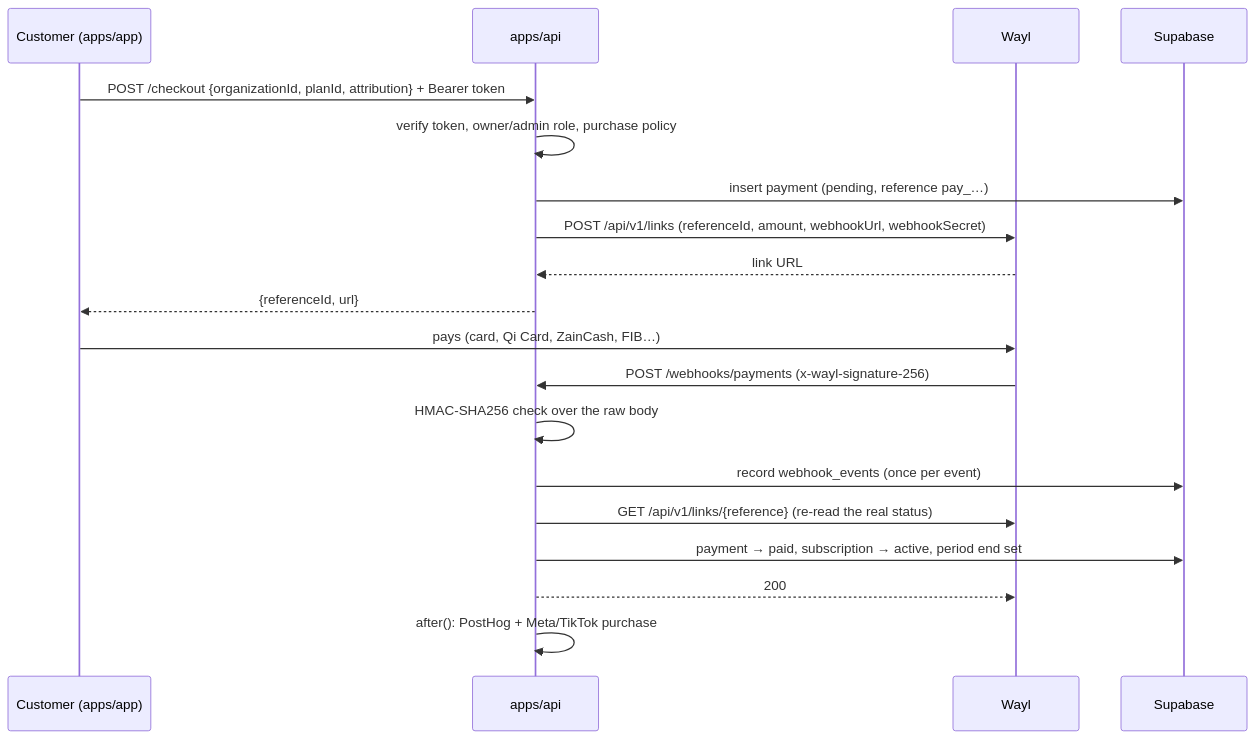
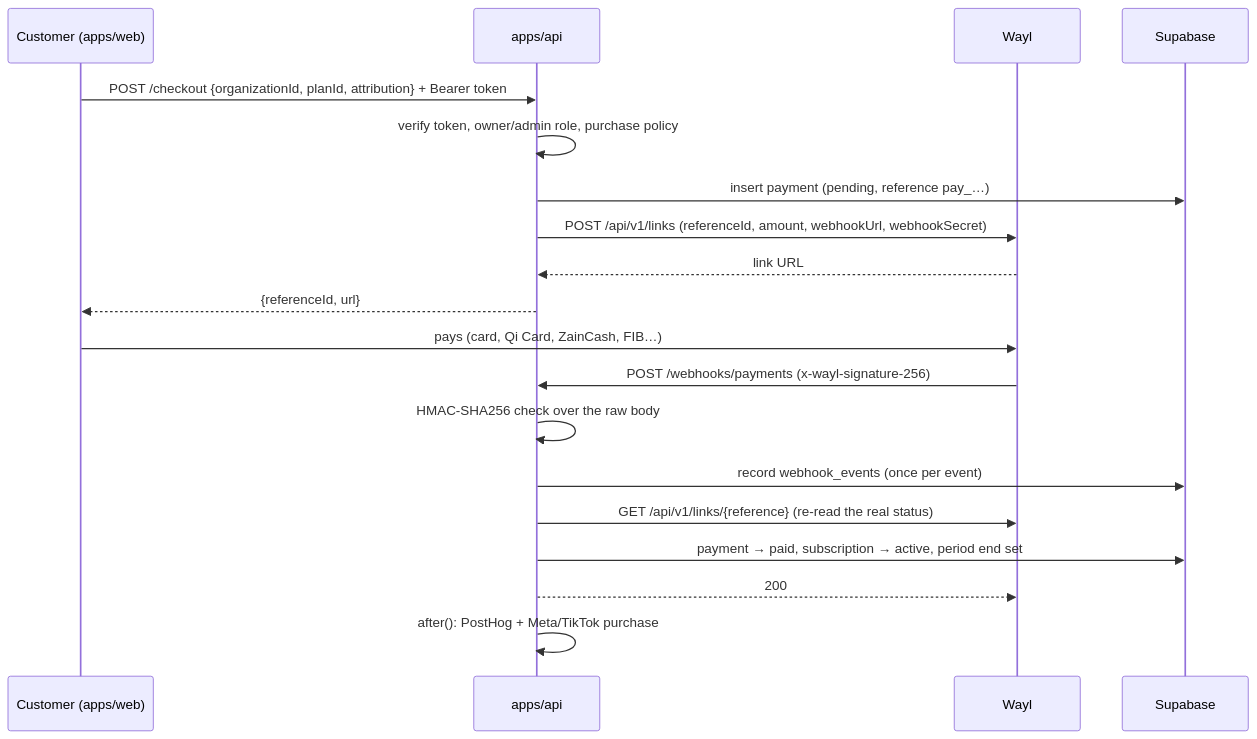
The second of 2 diagrams in ARCHITECTURE_AND_INTEGRATIONS.md (theideaiq/monorepo), drawn with Mermaid before and after one commit. The commit also changed other lines of this file and 279 other files, not shown here.

````diff
--- a/ARCHITECTURE_AND_INTEGRATIONS.md
+++ b/ARCHITECTURE_AND_INTEGRATIONS.md
@@ -1136,21 +1163,21 @@
 ```mermaid
 sequenceDiagram
-  participant U as Customer (apps/app)
+  participant U as Customer (apps/web)
   participant API as apps/api
   participant W as Wayl
   participant DB as Supabase
   U->>API: POST /checkout {organizationId, planId, attribution} + Bearer token
   API->>API: verify token, owner/admin role, purchase policy
   API->>DB: insert payment (pending, reference pay_…)
   API->>W: POST /api/v1/links (referenceId, amount, webhookUrl, webhookSecret)
   W-->>API: link URL
   API-->>U: {referenceId, url}
   U->>W: pays (card, Qi Card, ZainCash, FIB…)
   W->>API: POST /webhooks/payments (x-wayl-signature-256)
   API->>API: HMAC-SHA256 check over the raw body
   API->>DB: record webhook_events (once per event)
   API->>W: GET /api/v1/links/{reference} (re-read the real status)
   API->>DB: payment → paid, subscription → active, period end set
   API-->>W: 200
   API->>API: after(): PostHog + Meta/TikTok purchase
 ```
````
